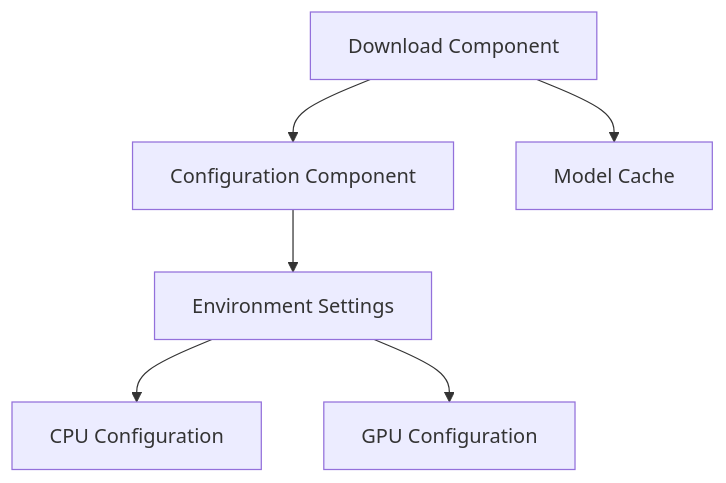
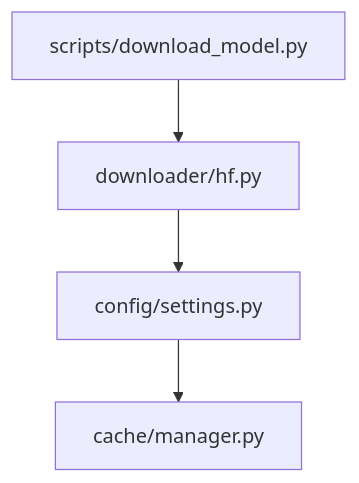
The diagram in services/ai/llm-service/docs/impl/structure.md (zhifengzhang-sz/qi-v2-dp), drawn with Mermaid before and after one commit. The commit also changed other lines of this file and 33 other files, not shown here.

Commit message:
llm using huggingface, redo the downloading component and config component, cleaning up the project

````diff
--- a/services/ai/llm-service/docs/impl/structure.md
+++ b/services/ai/llm-service/docs/impl/structure.md
@@ -75,8 +24,6 @@
 ```mermaid
 graph TD
-    A[Download Component] --> B[Configuration Component]
-    A --> C[Model Cache]
-    B --> D[Environment Settings]
-    D --> E[CPU Configuration]
-    D --> F[GPU Configuration]
+    Settings[config/settings.py] --> Cache[cache/manager.py]
+    Downloader[downloader/hf.py] --> Settings
+    CLI[scripts/download_model.py] --> Downloader
 ```
````
